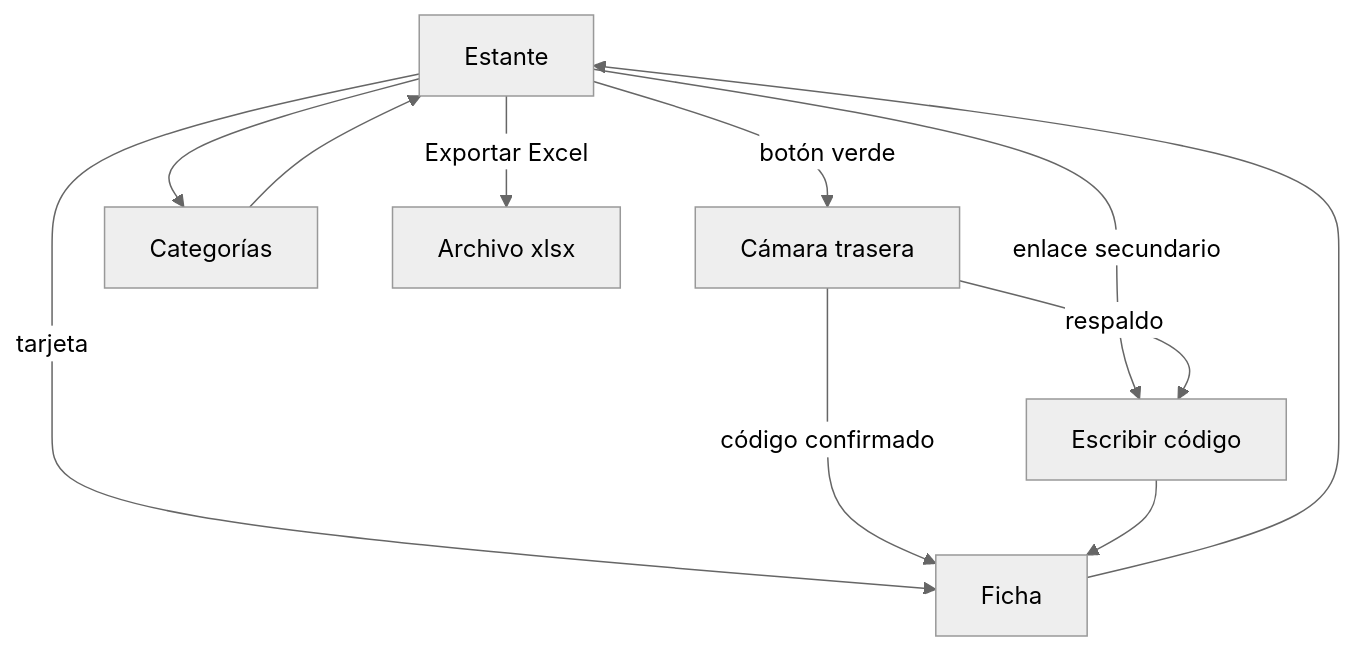
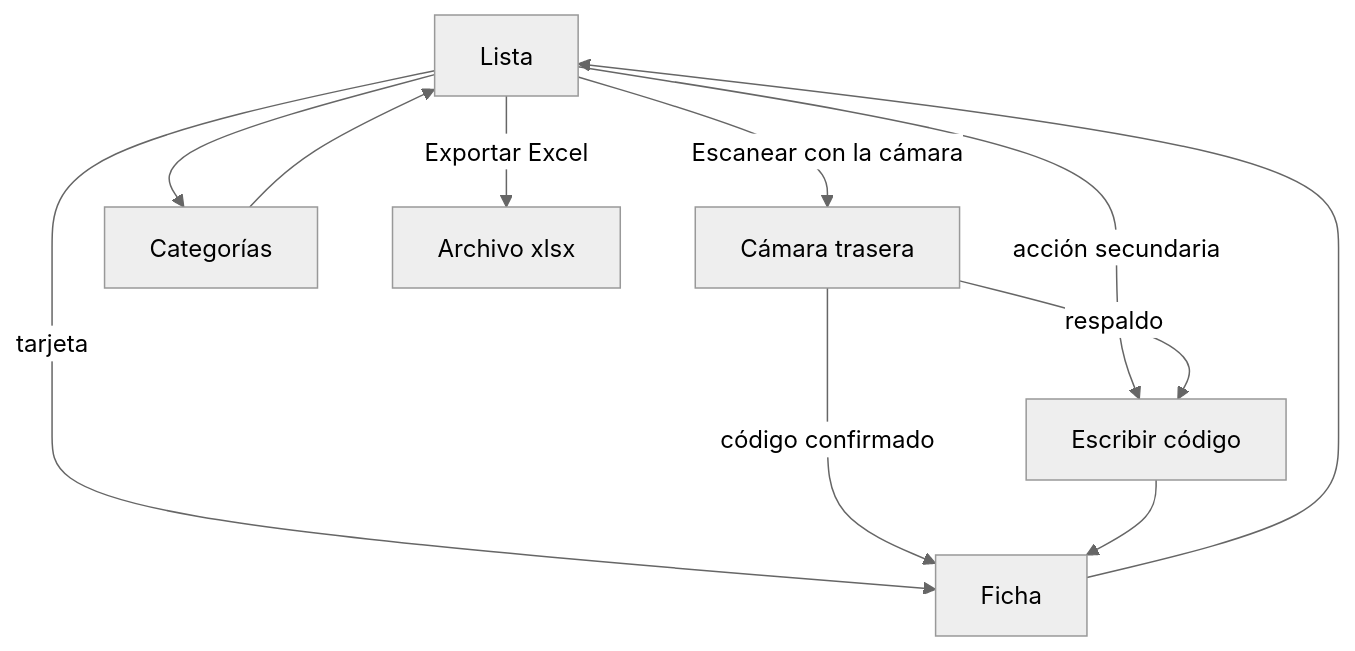
One commit to Sebastian11082003/inventario-codigos changed the diagram in docs/12-ux-ui/navigation-map.md. Above: the diagram before and after it, drawn with Mermaid (neutral theme). The commit also changed other lines of this file and 8 other files, not shown here.

````diff
--- a/docs/12-ux-ui/navigation-map.md
+++ b/docs/12-ux-ui/navigation-map.md
@@ -3,18 +3,18 @@
 ```mermaid
 flowchart TD
-  estante[Estante]
+  lista[Lista]
   cam[Cámara trasera]
   manual[Escribir código]
   ficha[Ficha]
   cats[Categorías]
-  estante -->|botón verde| cam
-  estante -->|enlace secundario| manual
-  estante --> cats
-  estante -->|tarjeta| ficha
+  lista -->|Escanear con la cámara| cam
+  lista -->|acción secundaria| manual
+  lista --> cats
+  lista -->|tarjeta| ficha
   cam -->|código confirmado| ficha
   cam -->|respaldo| manual
   manual --> ficha
-  ficha --> estante
-  cats --> estante
-  estante -->|Exportar Excel| archivo[Archivo xlsx]
+  ficha --> lista
+  cats --> lista
+  lista -->|Exportar Excel| archivo[Archivo xlsx]
 ```
````
